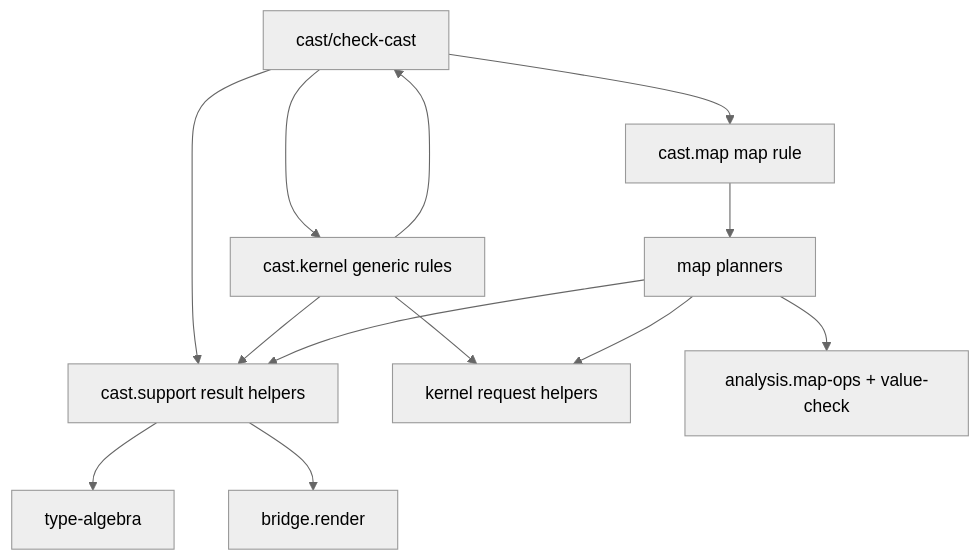
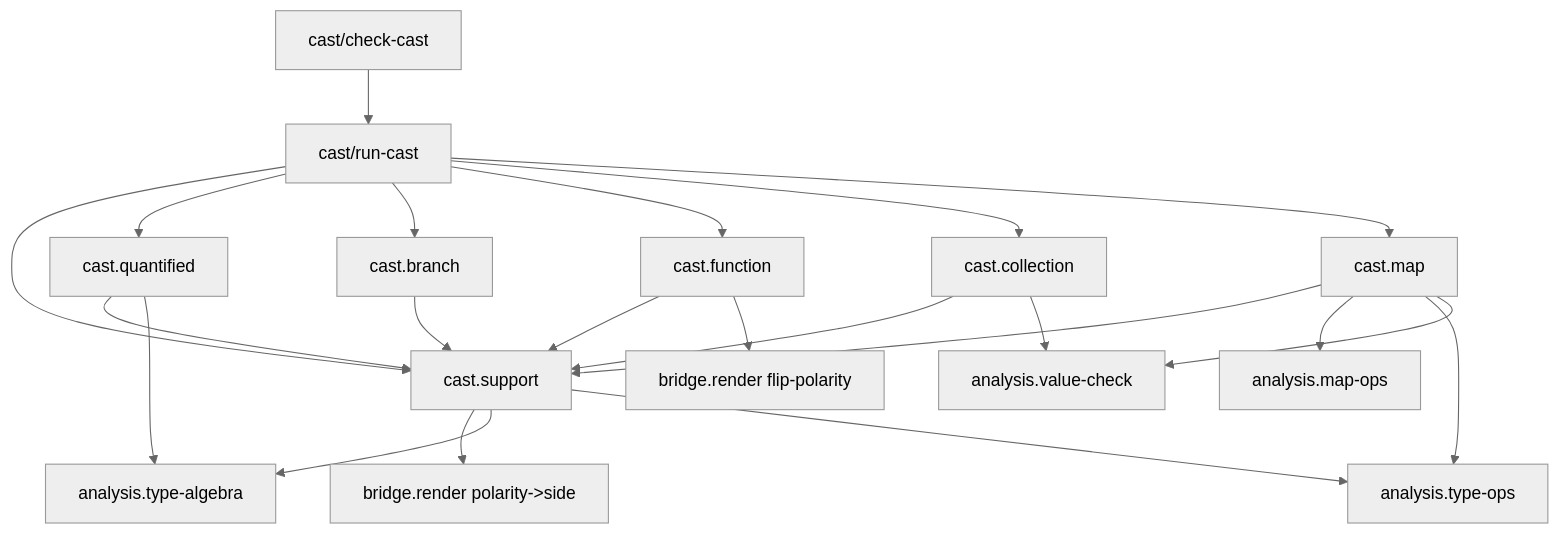
Before and after one commit to nomicflux/skeptic: the diagram in skeptic/docs/cast-function-map.md, drawn with Mermaid (neutral theme). The commit also changed other lines of this file and 17 other files, not shown here.

````diff
--- a/skeptic/docs/cast-function-map.md
+++ b/skeptic/docs/cast-function-map.md
@@ -23,18 +41,30 @@
 ```mermaid
 flowchart TD
-  CC["cast/check-cast"] --> K["cast.kernel generic rules"]
-  CC --> M["cast.map map rule"]
-  CC --> S["cast.support result helpers"]
+  CC["cast/check-cast"] --> RC["cast/run-cast"]
+  RC --> SUP["cast.support"]
+  RC --> Q["cast.quantified"]
+  RC --> B["cast.branch"]
+  RC --> F["cast.function"]
+  RC --> C["cast.collection"]
+  RC --> M["cast.map"]
 
-  K --> KR["kernel request helpers"]
-  K --> S
-  K --> CC
+  Q --> SUP
+  Q --> TA["analysis.type-algebra"]
 
-  M --> MP["map planners"]
-  MP --> KR
-  MP --> S
-  MP --> MV["analysis.map-ops + value-check"]
+  B --> SUP
 
-  S --> TA["type-algebra"]
-  S --> TR["bridge.render"]
+  F --> SUP
+  F --> BR["bridge.render flip-polarity"]
+
+  C --> SUP
+  C --> VC["analysis.value-check"]
+
+  M --> SUP
+  M --> MO["analysis.map-ops"]
+  M --> TO["analysis.type-ops"]
+  M --> VC
+
+  SUP --> BR2["bridge.render polarity->side"]
+  SUP --> TA
+  SUP --> TO
 ```
````
